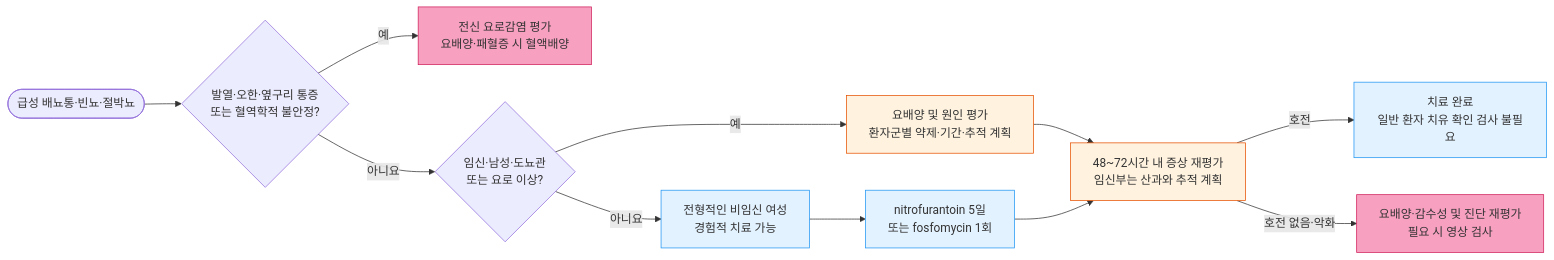
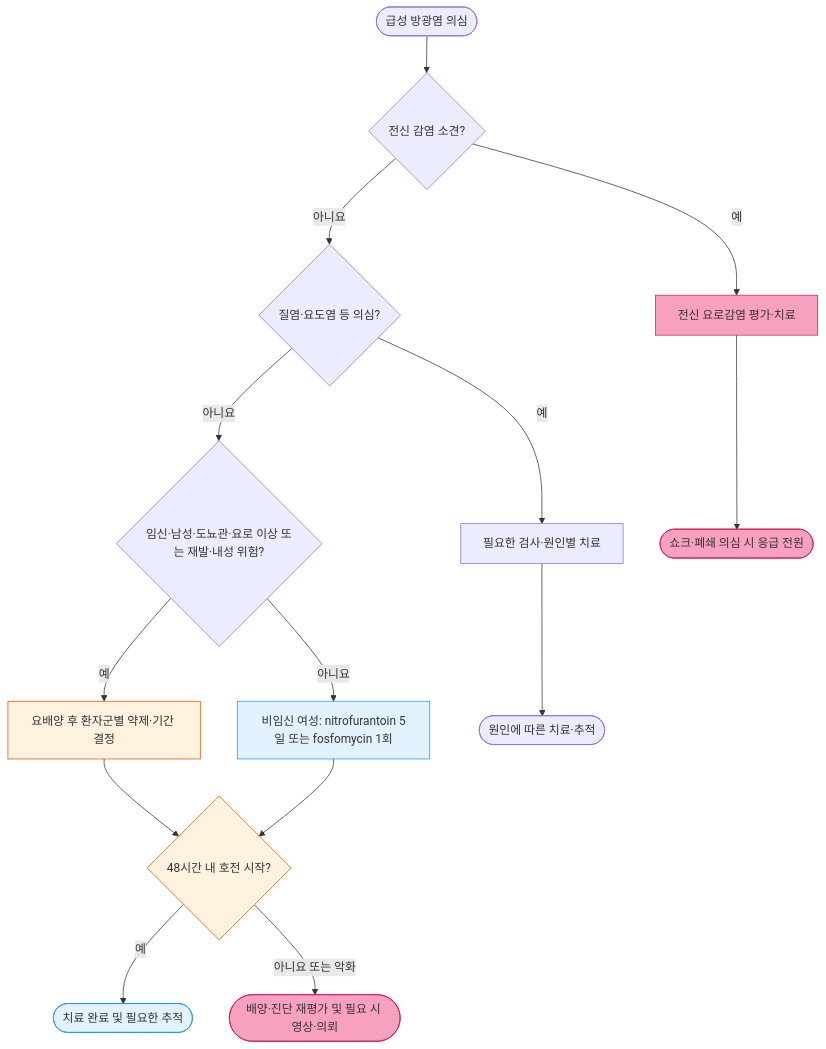
The diagram in 227_/118_-acute-cystitis.md (familyoh77/familyoh77), drawn with Mermaid before and after one commit. The commit also changed other lines of this file and 9 other files, not shown here.

````diff
--- a/227_/118_-acute-cystitis.md
+++ b/227_/118_-acute-cystitis.md
@@ -87,20 +97,22 @@
 ```mermaid
-graph LR
-    A([급성 배뇨통·빈뇨·절박뇨]) --> B{발열·오한·옆구리 통증<br>또는 혈역학적 불안정?}
-    B -->|예| C[전신 요로감염 평가<br>요배양·패혈증 시 혈액배양]
-    B -->|아니요| D{임신·남성·도뇨관<br>또는 요로 이상?}
-    D -->|예| E[요배양 및 원인 평가<br>환자군별 약제·기간·추적 계획]
-    D -->|아니요| F[전형적인 비임신 여성<br>경험적 치료 가능]
-    F --> G[nitrofurantoin 5일<br>또는 fosfomycin 1회]
-    E --> H[48~72시간 내 증상 재평가<br>임신부는 산과와 추적 계획]
-    G --> H
-    H -->|호전| I[치료 완료<br>일반 환자 치유 확인 검사 불필요]
-    H -->|호전 없음·악화| J[요배양·감수성 및 진단 재평가<br>필요 시 영상 검사]
-
-classDef danger fill:#f8a0c0,stroke:#d01f5a
-classDef caution fill:#fff3e0,stroke:#e65100
-classDef treatment fill:#e3f2ff,stroke:#2196f3
-class C,J danger
-class E,H caution
-class F,G,I treatment
+flowchart TD
+    A(["급성 방광염 의심"]) --> B{"전신 감염 소견?"}
+    B -->|예| C["전신 요로감염 평가·치료"]
+    B -->|아니요| D{"질염·요도염 등 의심?"}
+    D -->|예| E["필요한 검사·원인별 치료"]
+    D -->|아니요| F{"임신·남성·도뇨관·요로 이상 또는 재발·내성 위험?"}
+    F -->|예| G["요배양 후 환자군별 약제·기간 결정"]
+    F -->|아니요| H["비임신 여성: nitrofurantoin 5일 또는 fosfomycin 1회"]
+    G --> I{"48시간 내 호전 시작?"}
+    H --> I
+    I -->|예| J(["치료 완료 및 필요한 추적"])
+    I -->|아니요 또는 악화| K(["배양·진단 재평가 및 필요 시 영상·의뢰"])
+    C --> L(["쇼크·폐쇄 의심 시 응급 전원"])
+    E --> M(["원인에 따른 치료·추적"])
+    classDef danger fill:#f8a0c0,stroke:#d01f5a
+    classDef caution fill:#fff3e0,stroke:#e65100
+    classDef treatment fill:#e3f2ff,stroke:#2196f3
+    class C,K,L danger
+    class G,I caution
+    class H,J treatment
 ```
````
